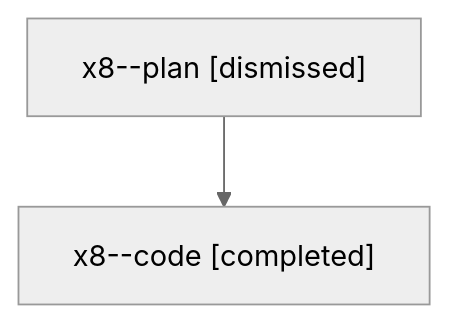
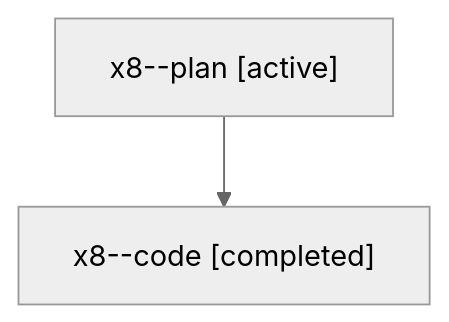
One commit to sase-org/sase--agents changed the diagram in families/bbugyi200.athena.x8.md. Above: the diagram before and after it, drawn with Mermaid (neutral theme). The commit also changed other lines of this file and 35830 other files, not shown here.

````diff
--- a/families/bbugyi200.athena.x8.md
+++ b/families/bbugyi200.athena.x8.md
@@ -9,6 +9,6 @@
 ```mermaid
 flowchart TD
-  n0["x8--plan [dismissed]"]
+  n0["x8--plan [active]"]
   n1["x8--code [completed]"]
   n0 --> n1
 ```
````
